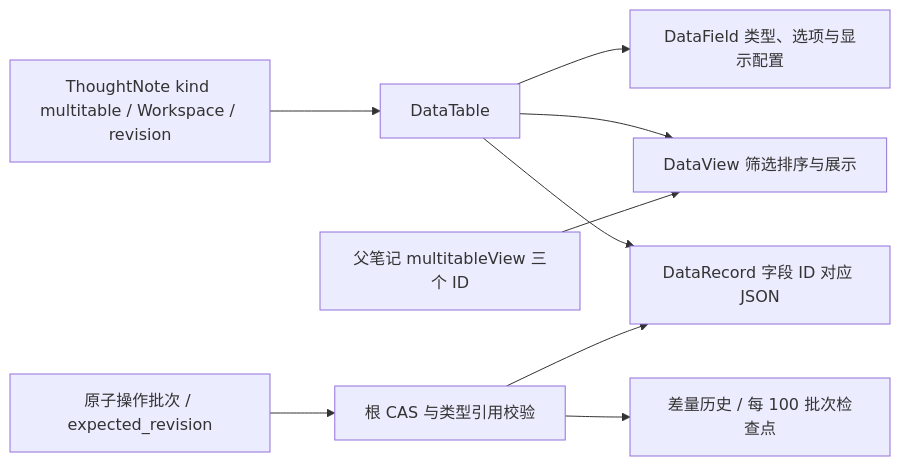
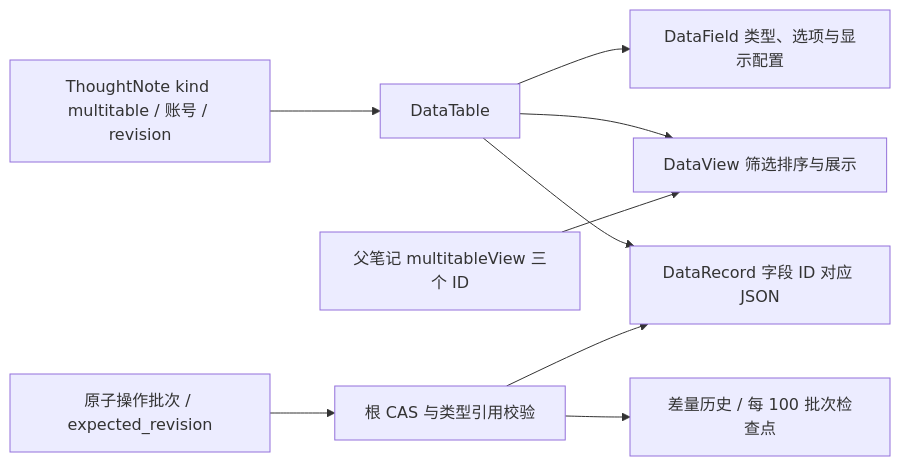
The second of 3 diagrams in web/src/features/thought-workshop/official/content/technical/thought-workshop.md (EmiyaredA/Future-Props-Lab), drawn with Mermaid before and after one commit. The commit also changed other lines of this file and 721 other files, not shown here.

````diff
--- a/web/src/features/thought-workshop/official/content/technical/thought-workshop.md
+++ b/web/src/features/thought-workshop/official/content/technical/thought-workshop.md
@@ -92,11 +92,11 @@
 ```mermaid
 flowchart LR
-  N[ThoughtNote kind multitable / Workspace / revision] --> T[DataTable]
+  N[ThoughtNote kind multitable / 账号 / revision] --> T[DataTable]
   T --> F[DataField 类型、选项与显示配置]
   T --> V[DataView 筛选排序与展示]
   T --> R[DataRecord 字段 ID 对应 JSON]
   O[原子操作批次 / expected_revision] --> C[根 CAS 与类型引用校验]
   C --> R
   C --> H[差量历史 / 每 100 批次检查点]
   E[父笔记 multitableView 三个 ID] --> V
 ```
````
